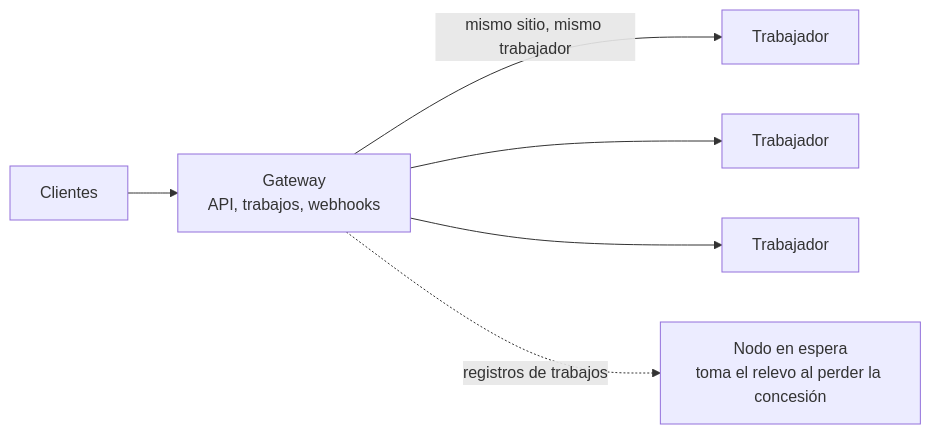
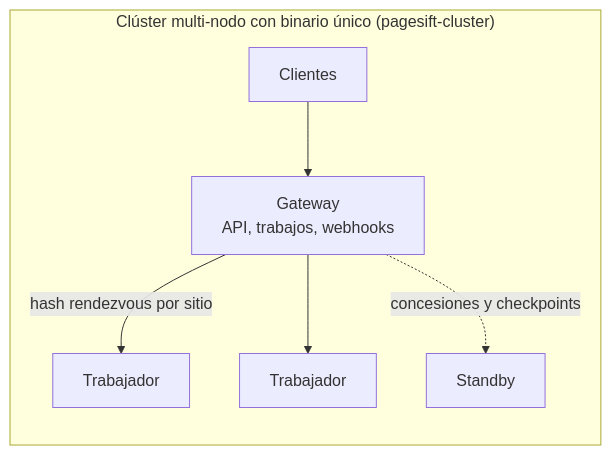
Before and after one commit to YOLOW92/pagesift: the fourth of 4 diagrams in docs/README.es.md, drawn with Mermaid. The commit also changed other lines of this file and 77 other files, not shown here.

````diff
--- a/docs/README.es.md
+++ b/docs/README.es.md
@@ -310,8 +200,9 @@
 ```mermaid
 flowchart LR
-    C[Clientes] --> G[Gateway<br/>API, trabajos, webhooks]
-    G -->|mismo sitio, mismo trabajador| W1[Trabajador]
-    G --> W2[Trabajador]
-    G --> W3[Trabajador]
-    G -.->|registros de trabajos| S[Nodo en espera<br/>toma el relevo al perder la concesión]
+    subgraph Fleet["Clúster multi-nodo con binario único (pagesift-cluster)"]
+        C[Clientes] --> G[Gateway<br/>API, trabajos, webhooks]
+        G -->|hash rendezvous por sitio| W1[Trabajador]
+        G --> W2[Trabajador]
+        G -.->|concesiones y checkpoints| S[Standby]
+    end
 ```
````
